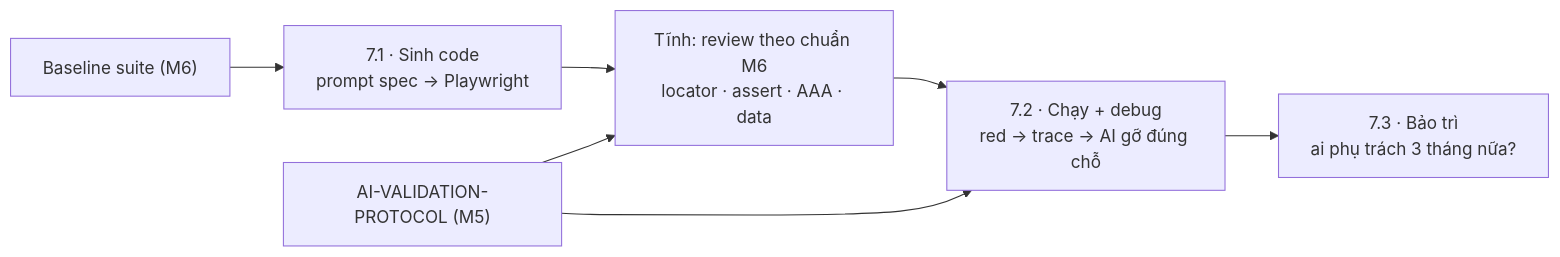
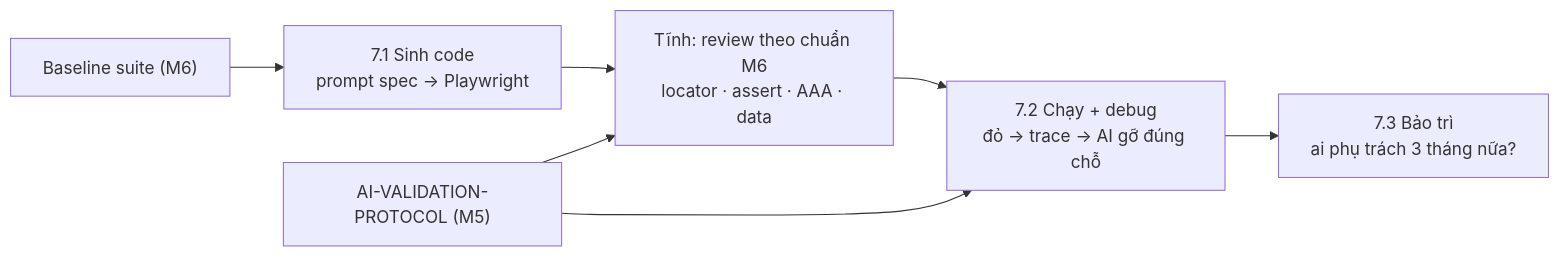
One commit to heino-labs/gen-ai-labs changed the first of 4 diagrams in docs/curriculum/MODULE-07-ai-playwright.md. Above: the diagram before and after it, drawn with Mermaid. The commit also changed other lines of this file and 10 other files, not shown here.

Commit message:
Refactor MODULE-09-capstone.md and README.md for clarity and structure; enhance narrative flow and emphasize evidence-based learning in AI testing curriculum.

````diff
--- a/docs/curriculum/MODULE-07-ai-playwright.md
+++ b/docs/curriculum/MODULE-07-ai-playwright.md
@@ -38,9 +34,9 @@
 ```mermaid
 flowchart LR
-    BASELINE["Baseline suite (M6)"] --> GEN["7.1 · Sinh code<br/>prompt spec → Playwright"]
+    BASELINE["Baseline suite (M6)"] --> GEN["7.1 Sinh code<br/>prompt spec → Playwright"]
     GEN --> STAT["Tĩnh: review theo chuẩn M6<br/>locator · assert · AAA · data"]
-    STAT --> DYN["7.2 · Chạy + debug<br/>red → trace → AI gỡ đúng chỗ"]
-    DYN --> MAINT["7.3 · Bảo trì<br/>ai phụ trách 3 tháng nữa?"]
+    STAT --> DYN["7.2 Chạy + debug<br/>đỏ → trace → AI gỡ đúng chỗ"]
+    DYN --> MAINT["7.3 Bảo trì<br/>ai phụ trách 3 tháng nữa?"]
     PRO["AI-VALIDATION-PROTOCOL (M5)"] --> STAT
     PRO --> DYN
 ```
````
